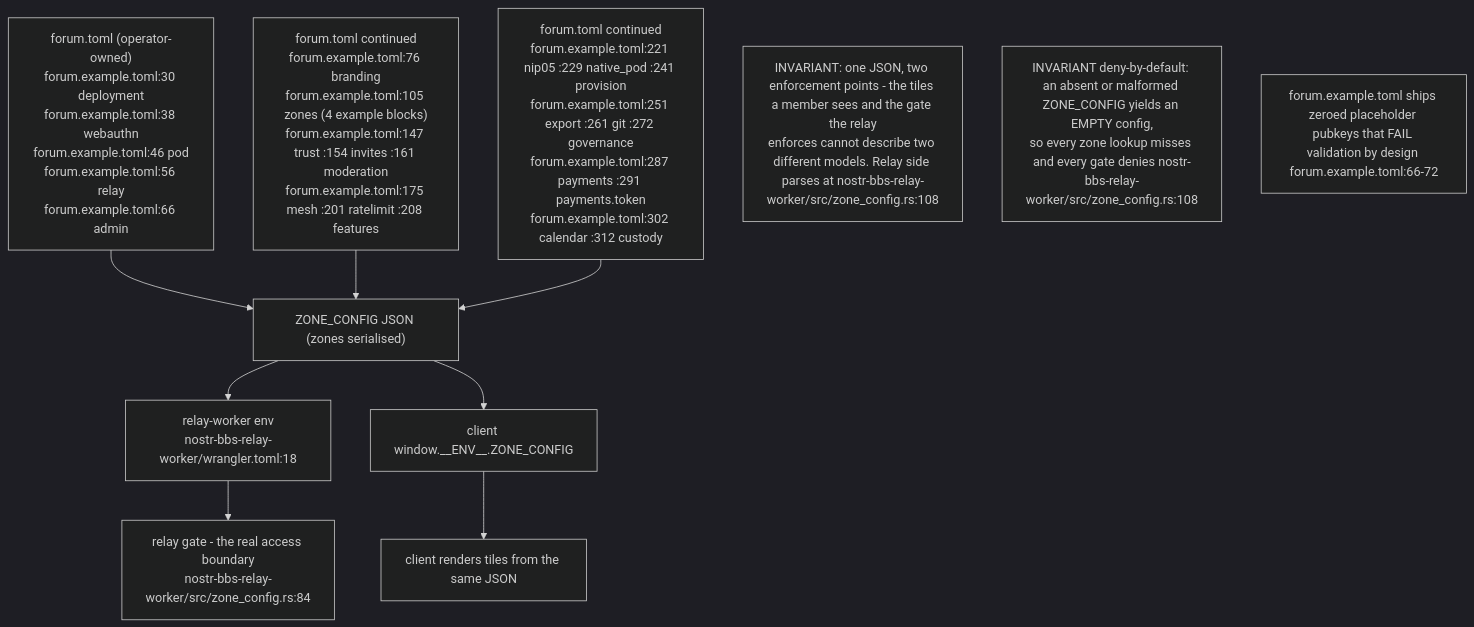
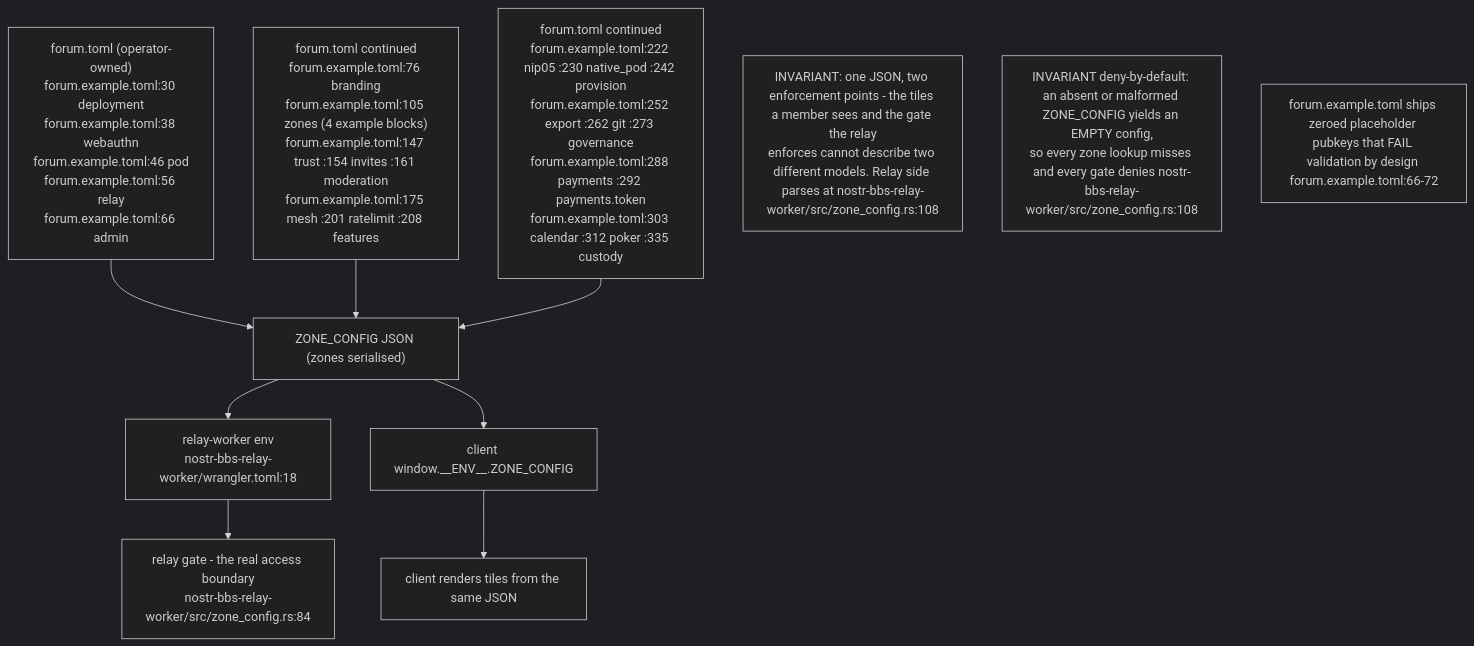
Before and after one commit to DreamLab-AI/VisionFlow: the first of 9 diagrams in docs/diagrams/nostr-rust-forum/08-config-zones-stores-and-admin-authority.md, drawn with Mermaid (dark theme). The commit also changed other lines of this file and 111 other files, not shown here.

Commit message:
docs(diagrams): align estate maps with current source

````diff
--- a/docs/diagrams/nostr-rust-forum/08-config-zones-stores-and-admin-authority.md
+++ b/docs/diagrams/nostr-rust-forum/08-config-zones-stores-and-admin-authority.md
@@ -40,21 +40,21 @@
 ```mermaid
 flowchart TB
     TOML["forum.toml (operator-owned)<br/>forum.example.toml:30 deployment<br/>forum.example.toml:38 webauthn<br/>forum.example.toml:46 pod<br/>forum.example.toml:56 relay<br/>forum.example.toml:66 admin"]
     TOML2["forum.toml continued<br/>forum.example.toml:76 branding<br/>forum.example.toml:105 zones (4 example blocks)<br/>forum.example.toml:147 trust :154 invites :161 moderation<br/>forum.example.toml:175 mesh :201 ratelimit :208 features"]
-    TOML3["forum.toml continued<br/>forum.example.toml:221 nip05 :229 native_pod :241 provision<br/>forum.example.toml:251 export :261 git :272 governance<br/>forum.example.toml:287 payments :291 payments.token<br/>forum.example.toml:302 calendar :312 custody"]
+    TOML3["forum.toml continued<br/>forum.example.toml:222 nip05 :230 native_pod :242 provision<br/>forum.example.toml:252 export :262 git :273 governance<br/>forum.example.toml:288 payments :292 payments.token<br/>forum.example.toml:303 calendar :312 poker :335 custody"]
     ZC["ZONE_CONFIG JSON (zones serialised)"]
     RELAYENV["relay-worker env<br/>nostr-bbs-relay-worker/wrangler.toml:18"]
     CLIENTENV["client window.__ENV__.ZONE_CONFIG"]
     GATE["relay gate - the real access boundary<br/>nostr-bbs-relay-worker/src/zone_config.rs:84"]
     TILES["client renders tiles from the same JSON"]
 
     TOML --> ZC
     TOML2 --> ZC
     TOML3 --> ZC
     ZC --> RELAYENV --> GATE
     ZC --> CLIENTENV --> TILES
 
     N1["INVARIANT: one JSON, two enforcement points - the tiles a member sees and the gate the relay<br/>enforces cannot describe two different models. Relay side parses at nostr-bbs-relay-worker/src/zone_config.rs:108"]
     N2["INVARIANT deny-by-default: an absent or malformed ZONE_CONFIG yields an EMPTY config,<br/>so every zone lookup misses and every gate denies nostr-bbs-relay-worker/src/zone_config.rs:108"]
     N3["forum.example.toml ships zeroed placeholder pubkeys that FAIL validation by design forum.example.toml:66-72"]
 ```
````
